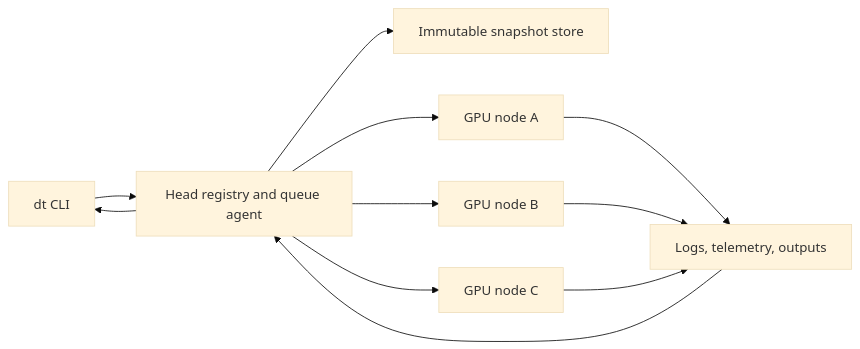
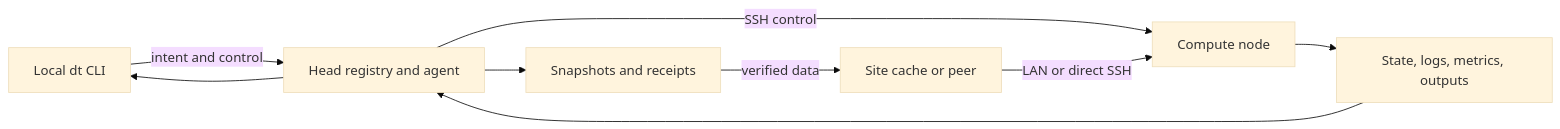
One commit to ChangWinde/dt changed the diagram in README.md. Above: the diagram before and after it, drawn with Mermaid (base theme). The commit also changed other lines of this file and 131 other files, not shown here.

````diff
--- a/README.md
+++ b/README.md
@@ -242,13 +147,11 @@
 ```mermaid
 flowchart LR
-    CLI["dt CLI"] --> HEAD["Head registry and queue agent"]
-    HEAD --> SNAP["Immutable snapshot store"]
-    HEAD --> N1["GPU node A"]
-    HEAD --> N2["GPU node B"]
-    HEAD --> N3["GPU node C"]
-    N1 --> REC["Logs, telemetry, outputs"]
-    N2 --> REC
-    N3 --> REC
-    REC --> HEAD
+    CLI["Local dt CLI"] -->|intent and control| HEAD["Head registry and agent"]
+    HEAD --> STORE["Snapshots and receipts"]
+    HEAD -->|SSH control| NODE["Compute node"]
+    STORE -->|verified data| SITE["Site cache or peer"]
+    SITE -->|LAN or direct SSH| NODE
+    NODE --> EVIDENCE["State, logs, metrics, outputs"]
+    EVIDENCE --> HEAD
     HEAD --> CLI
 ```
````
